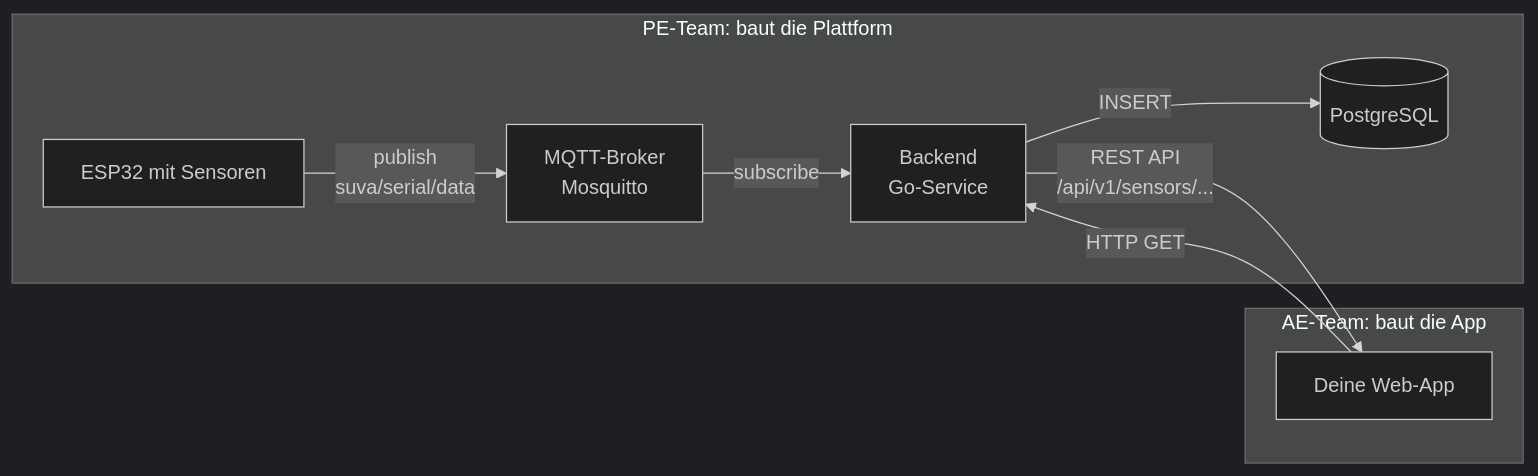
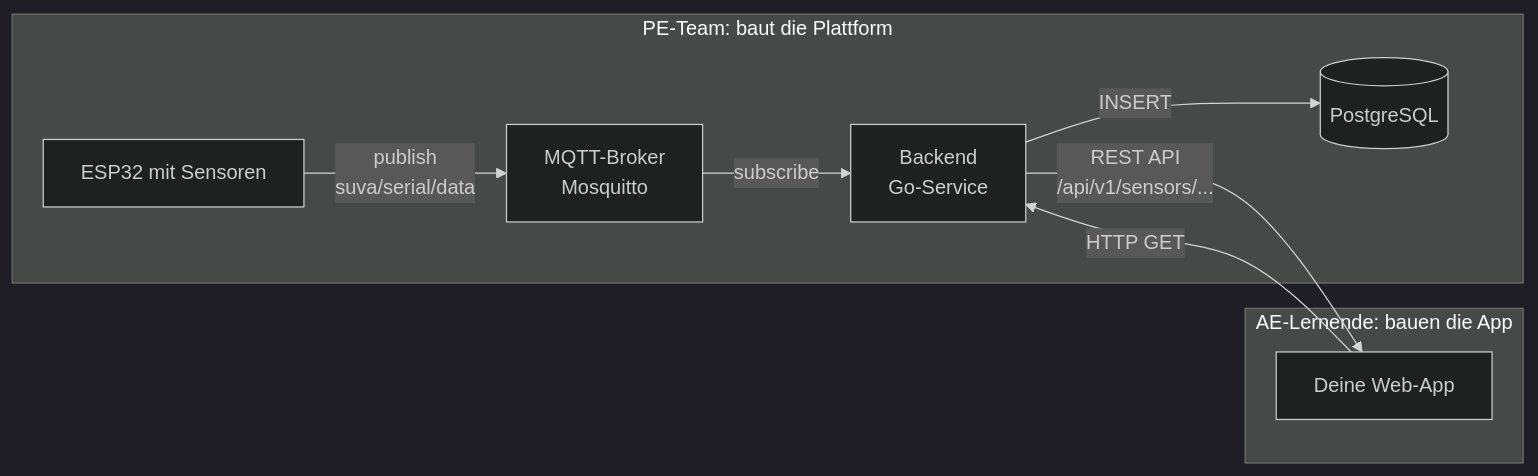
Before and after one commit to HeiligerG/ae-raumklima-bootcamp: the diagram in docs/projekt/ueberblick.md, drawn with Mermaid (dark theme). The commit also changed other lines of this file and 25 other files, not shown here.

````diff
--- a/docs/projekt/ueberblick.md
+++ b/docs/projekt/ueberblick.md
@@ -13,19 +13,19 @@
 ```mermaid
 flowchart LR
     subgraph PE[PE-Team: baut die Plattform]
         ESP[ESP32 mit Sensoren]
         BR[MQTT-Broker<br/>Mosquitto]
         BE[Backend<br/>Go-Service]
         DB[(PostgreSQL)]
         ESP -->|publish<br/>suva/serial/data| BR
         BR -->|subscribe| BE
         BE -->|INSERT| DB
     end
 
-    subgraph DU[AE-Team: baut die App]
+    subgraph DU[AE-Lernende: bauen die App]
         APP[Deine Web-App]
     end
 
     BE -->|REST API<br/>/api/v1/sensors/...| APP
     APP -->|HTTP GET| BE
 ```
````
